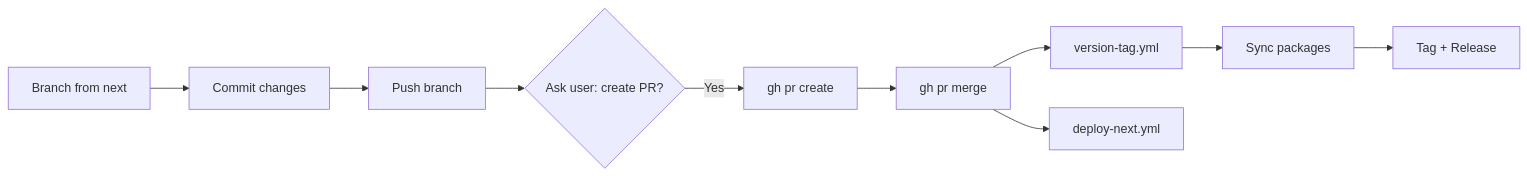
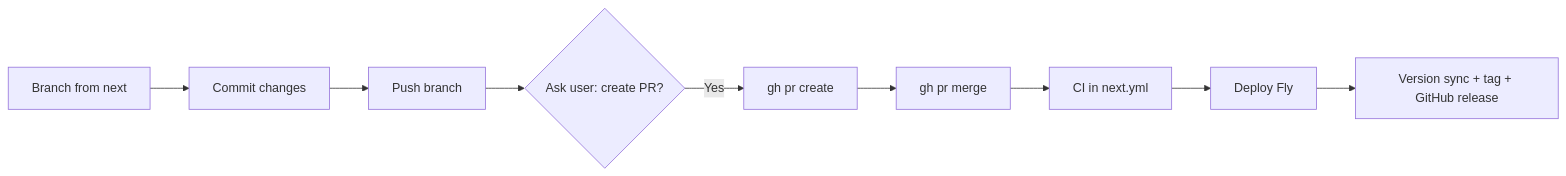
One commit to oMaiaCity/MaiaOS changed the diagram in .cursor/rules/continous-versioning.mdc. Above: the diagram before and after it, drawn with Mermaid. The commit also changed other lines of this file and 6 other files, not shown here.

Commit message:
[chore] single next.yml pipeline: CI then deploy then release; drop 3 workflows

````diff
--- a/.cursor/rules/continous-versioning.mdc
+++ b/.cursor/rules/continous-versioning.mdc
@@ -34,18 +34,16 @@
 ```mermaid
 flowchart LR
     Branch[Branch from next]
     Commit[Commit changes]
     Push[Push branch]
     AskPR{Ask user: create PR?}
     CreatePR[gh pr create]
     Merge[gh pr merge]
-    VT[version-tag.yml]
-    Sync[Sync packages]
-    Tag[Tag + Release]
-    Deploy[deploy-next.yml]
+    CI[CI in next.yml]
+    Deploy[Deploy Fly]
+    VT[Version sync + tag + GitHub release]
 
     Branch --> Commit --> Push --> AskPR
     AskPR -->|Yes| CreatePR --> Merge
-    Merge --> VT --> Sync --> Tag
-    Merge --> Deploy
+    Merge --> CI --> Deploy --> VT
 ```
````
